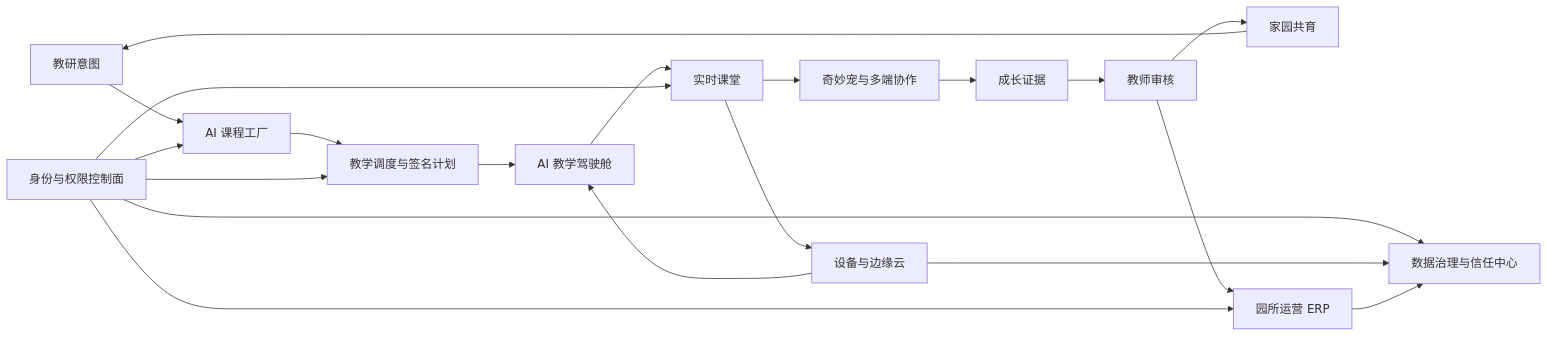
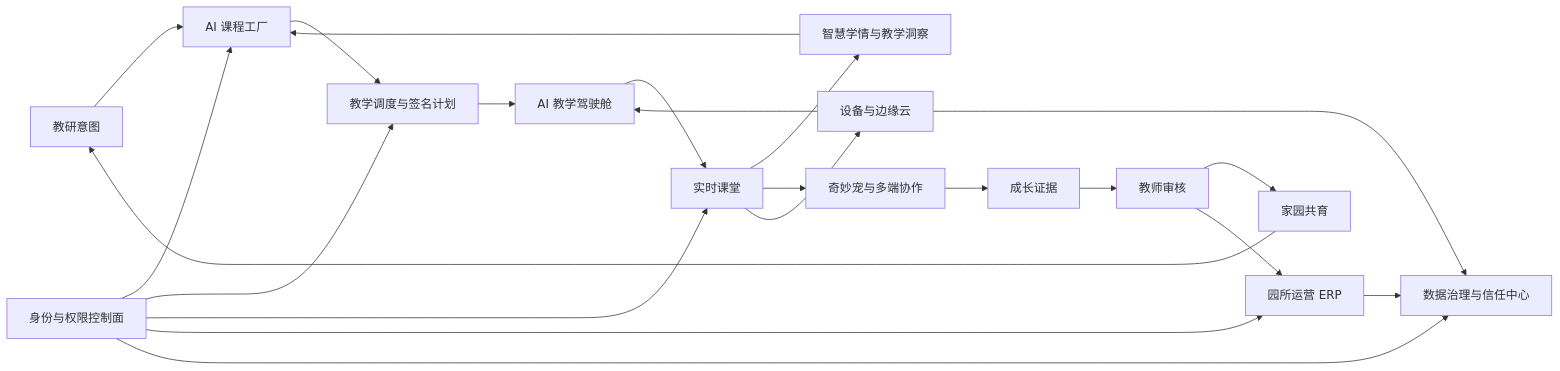
The first of 2 diagrams in docs/xmp/XMP_PRODUCT_DOSSIER.md (LinuxZhou93/ai-playground), drawn with Mermaid before and after one commit. The commit also changed other lines of this file and 23 other files, not shown here.

````diff
--- a/docs/xmp/XMP_PRODUCT_DOSSIER.md
+++ b/docs/xmp/XMP_PRODUCT_DOSSIER.md
@@ -26,22 +26,24 @@
 ```mermaid
 flowchart LR
   A["教研意图"] --> B["AI 课程工厂"]
   B --> S["教学调度与签名计划"]
   S --> T["AI 教学驾驶舱"]
   T --> C["实时课堂"]
+  C --> L["智慧学情与教学洞察"]
+  L --> B
   C --> D["奇妙宠与多端协作"]
   D --> E["成长证据"]
   E --> F["教师审核"]
   F --> G["家园共育"]
   G --> A
   C --> H["设备与边缘云"]
   H --> T
   F --> I["园所运营 ERP"]
   K["身份与权限控制面"] --> B
   K --> S
   K --> C
   K --> I
   K --> J
   H --> J["数据治理与信任中心"]
   I --> J
 ```
````
